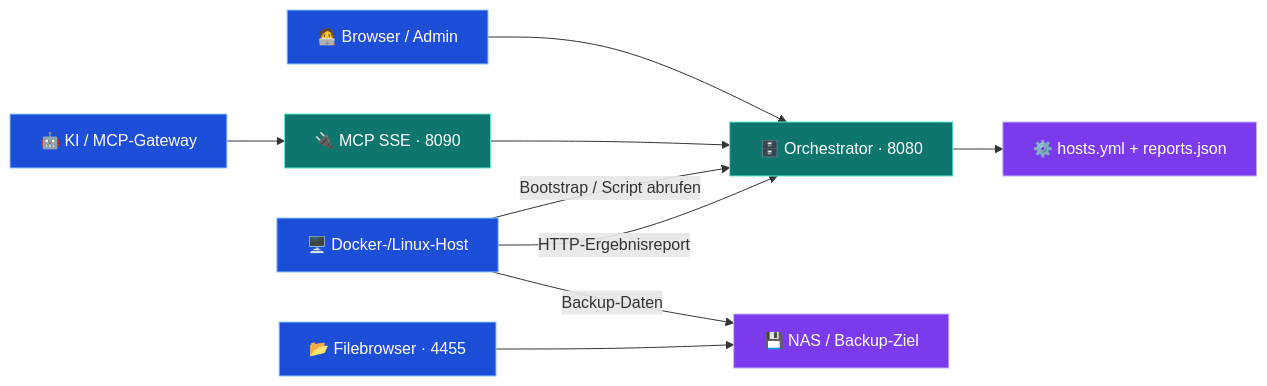
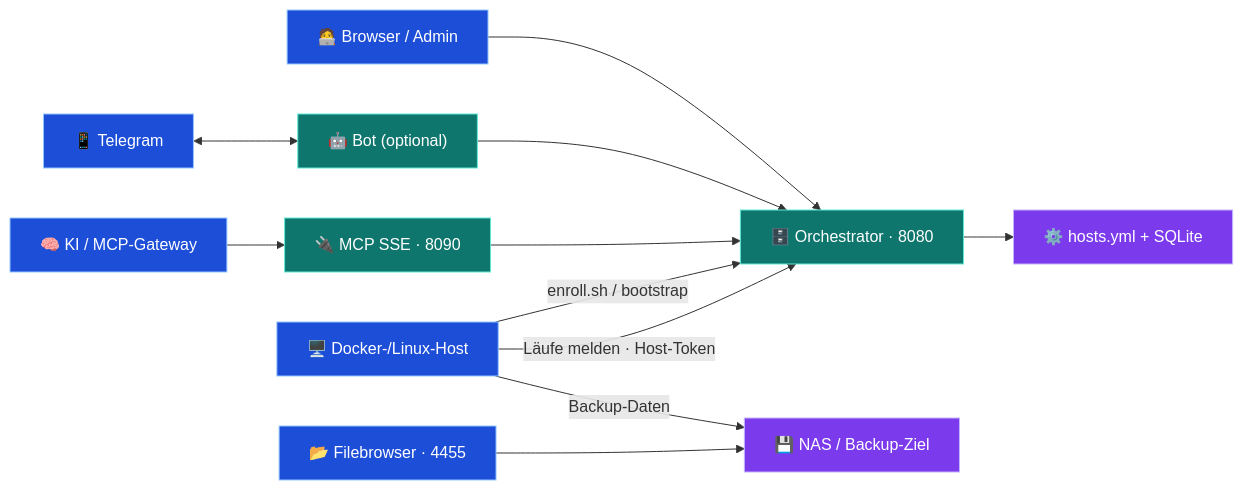
Before and after one commit to jbkunama1/hAI.BackupServer: the diagram in README.md, drawn with Mermaid. The commit also changed other lines of this file and 6 other files, not shown here.

Commit message:
docs,test: neue README und Test-Suite (Logik, Scripte mit Mocks, Bot, Templates, HTTP-API) (5/5)

````diff
--- a/README.md
+++ b/README.md
@@ -40,17 +38,19 @@
 ```mermaid
 flowchart LR
     Admin["🧑‍💻 Browser / Admin"] --> API["🗄️ Orchestrator · 8080"]
-    Agent["🤖 KI / MCP-Gateway"] --> MCP["🔌 MCP SSE · 8090"]
+    TG["📱 Telegram"] <--> Bot["🤖 Bot (optional)"]
+    Bot --> API
+    Agent["🧠 KI / MCP-Gateway"] --> MCP["🔌 MCP SSE · 8090"]
     MCP --> API
-    API --> Config["⚙️ hosts.yml + reports.json"]
-    Host["🖥️ Docker-/Linux-Host"] -->|Bootstrap / Script abrufen| API
-    Host -->|HTTP-Ergebnisreport| API
+    API --> Data["⚙️ hosts.yml + SQLite"]
+    Host["🖥️ Docker-/Linux-Host"] -->|enroll.sh / bootstrap| API
+    Host -->|Läufe melden · Host-Token| API
     Host -->|Backup-Daten| NAS["💾 NAS / Backup-Ziel"]
-    Browser["📂 Filebrowser · 4455"] --> NAS
+    FB["📂 Filebrowser · 4455"] --> NAS
     classDef control fill:#0f766e,stroke:#5eead4,color:#fff
     classDef client fill:#1d4ed8,stroke:#93c5fd,color:#fff
     classDef storage fill:#7c3aed,stroke:#c4b5fd,color:#fff
-    class API,MCP control
-    class Admin,Agent,Host,Browser client
-    class Config,NAS storage
+    class API,MCP,Bot control
+    class Admin,Agent,Host,FB,TG client
+    class Data,NAS storage
 ```
````
